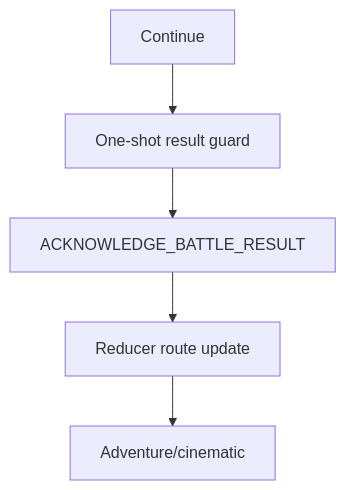
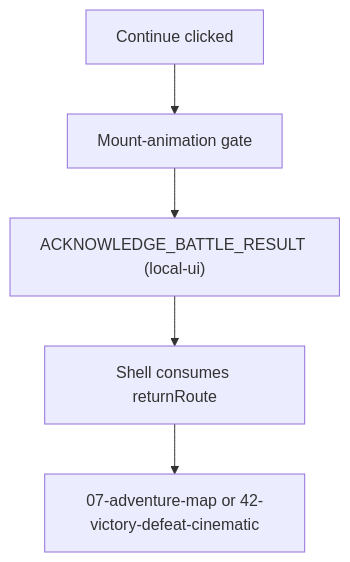
The third of 5 diagrams in docs/architecture/wiki/screens/39-battle-results/architecture.md (SunaNoOshiro/Heroes_Reforged_AI_Realms), drawn with Mermaid before and after one commit. The commit also changed other lines of this file and 518 other files, not shown here.

First line of the commit message:
Add doc-audit skill and sweep architecture/screen docs

````diff
--- a/docs/architecture/wiki/screens/39-battle-results/architecture.md
+++ b/docs/architecture/wiki/screens/39-battle-results/architecture.md
@@ -44,8 +44,7 @@
 ```mermaid
 flowchart TD
-  I0["Continue"] --> I1
-  I1["One-shot result guard"] --> I2
-  I2["ACKNOWLEDGE_BATTLE_RESULT"] --> I3
-  I3["Reducer route update"] --> I4
-  I4["Adventure/cinematic"]
+  I0["Continue clicked"] --> I1["Mount-animation gate"]
+  I1 --> I2["ACKNOWLEDGE_BATTLE_RESULT (local-ui)"]
+  I2 --> I3["Shell consumes returnRoute"]
+  I3 --> I4["07-adventure-map or 42-victory-defeat-cinematic"]
 ```
````
